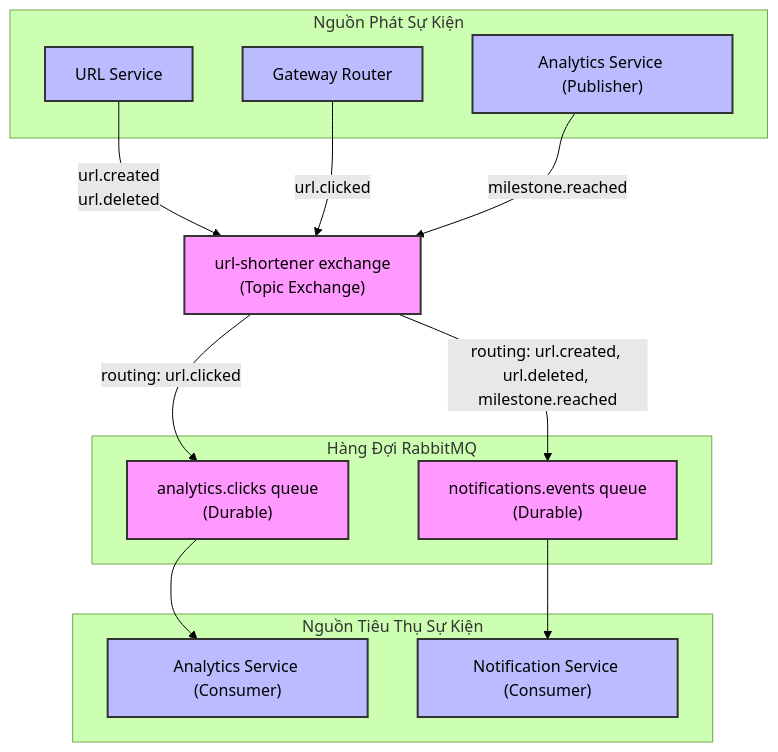
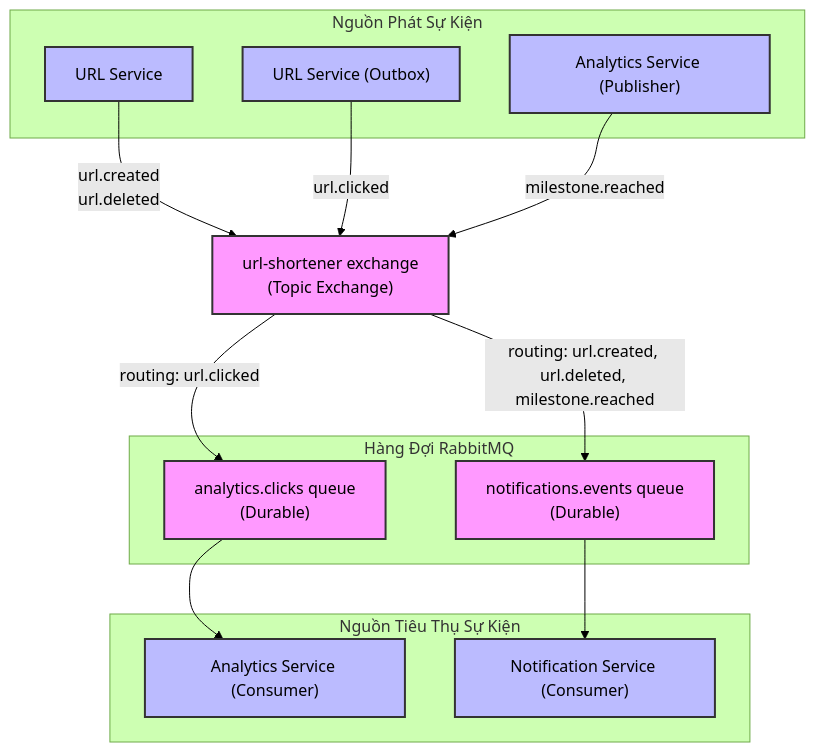
One commit to iknizzz1807/url-shortener-microservices changed the sixth of 6 diagrams in reports/03-agent-event-driven-analytics-notification.md. Above: the diagram before and after it, drawn with Mermaid (forest theme). The commit also changed other lines of this file and 12 other files, not shown here.

````diff
--- a/reports/03-agent-event-driven-analytics-notification.md
+++ b/reports/03-agent-event-driven-analytics-notification.md
@@ -663,36 +657,36 @@
 ```mermaid
 flowchart TD
     classDef broker fill:#f9f,stroke:#333,stroke-width:2px;
     classDef service fill:#bbf,stroke:#333,stroke-width:2px;
     
     subgraph Producers [Nguồn Phát Sự Kiện]
         URLSvc["URL Service"]:::service
-        Gateway["Gateway Router"]:::service
+        URLSvcOutbox["URL Service (Outbox)"]:::service
         AnalyticsSvcPub["Analytics Service (Publisher)"]:::service
     end
 
     Exchange["url-shortener exchange<br>(Topic Exchange)"]:::broker
 
     subgraph Queues [Hàng Đợi RabbitMQ]
         QueueClicks["analytics.clicks queue<br>(Durable)"]:::broker
         QueueEvents["notifications.events queue<br>(Durable)"]:::broker
     end
 
     subgraph Consumers [Nguồn Tiêu Thụ Sự Kiện]
         AnalyticsSvcCons["Analytics Service (Consumer)"]:::service
         NotificationSvcCons["Notification Service (Consumer)"]:::service
     end
 
     URLSvc -->|"url.created<br>url.deleted"| Exchange
-    Gateway -->|"url.clicked"| Exchange
+    URLSvcOutbox -->|"url.clicked"| Exchange
     AnalyticsSvcPub -->|"milestone.reached"| Exchange
 
     Exchange -->|"routing: url.clicked"| QueueClicks
     Exchange -->|"routing: url.created, url.deleted, milestone.reached"| QueueEvents
 
     QueueClicks --> AnalyticsSvcCons
     QueueEvents --> NotificationSvcCons
 
     %% Ép buộc sắp xếp chồng đứng để tối ưu hóa hiển thị
     Producers ~~~ Exchange ~~~ Queues ~~~ Consumers
 ```
````
